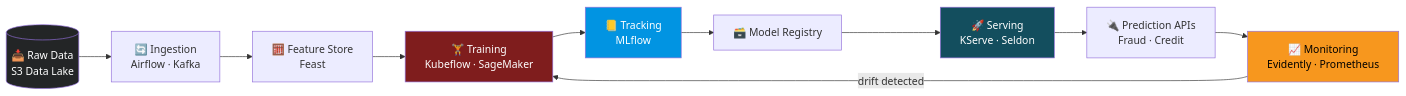
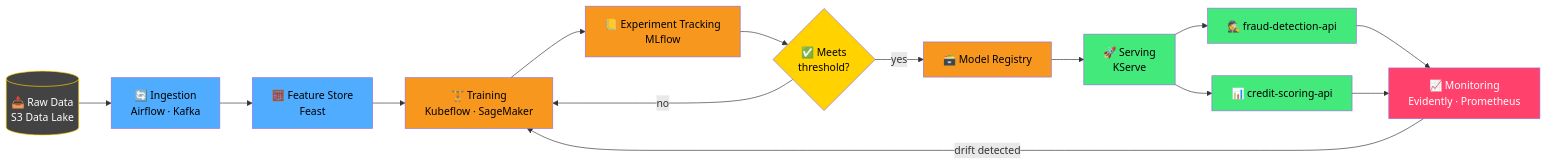
The ninth of 17 diagrams in README.md (muntaha747/FinTech-Enterprise-Project), drawn with Mermaid before and after one commit. The commit also changed other lines of this file, not shown here.

Commit message:
Remove Terraform/Karpenter files; expand README with 14 microservices and richer diagrams

````diff
--- a/README.md
+++ b/README.md
@@ -128,18 +431,22 @@
 ```mermaid
 flowchart LR
-    DATA[(📥 Raw Data<br/>S3 Data Lake)] --> ING[🔄 Ingestion<br/>Airflow · Kafka]
-    ING --> FEAT[🧮 Feature Store<br/>Feast]
-    FEAT --> TRAIN[🏋️ Training<br/>Kubeflow · SageMaker]
-    TRAIN --> TRACK[📒 Tracking<br/>MLflow]
-    TRACK --> REG[🗃️ Model Registry]
-    REG --> SERVE[🚀 Serving<br/>KServe · Seldon]
-    SERVE --> API[🔌 Prediction APIs<br/>Fraud · Credit]
-    API --> MON[📈 Monitoring<br/>Evidently · Prometheus]
+    DATA[(📥 Raw Data<br/>S3 Data Lake)]:::d --> ING[🔄 Ingestion<br/>Airflow · Kafka]:::p
+    ING --> FEAT[🧮 Feature Store<br/>Feast]:::p
+    FEAT --> TRAIN[🏋️ Training<br/>Kubeflow · SageMaker]:::t
+    TRAIN --> TRACK[📒 Experiment Tracking<br/>MLflow]:::t
+    TRACK --> EVAL{✅ Meets<br/>threshold?}:::g
+    EVAL -->|yes| REG[🗃️ Model Registry]:::t
+    EVAL -->|no| TRAIN
+    REG --> SERVE[🚀 Serving<br/>KServe]:::s
+    SERVE --> F[🕵️ fraud-detection-api]:::s
+    SERVE --> CR[📊 credit-scoring-api]:::s
+    F & CR --> MON[📈 Monitoring<br/>Evidently · Prometheus]:::m
     MON -->|drift detected| TRAIN
 
-    style DATA fill:#232526,color:#fff
-    style TRAIN fill:#7f1d1d,color:#fff
-    style TRACK fill:#0194e2,color:#fff
-    style SERVE fill:#134e5e,color:#fff
-    style MON fill:#f7971e,color:#000
+    classDef d fill:#434343,stroke:#ffd200,color:#fff
+    classDef p fill:#4facfe,color:#000
+    classDef t fill:#f7971e,color:#000
+    classDef g fill:#ffd200,color:#000
+    classDef s fill:#43e97b,color:#000
+    classDef m fill:#ff416c,color:#fff
 ```
````
